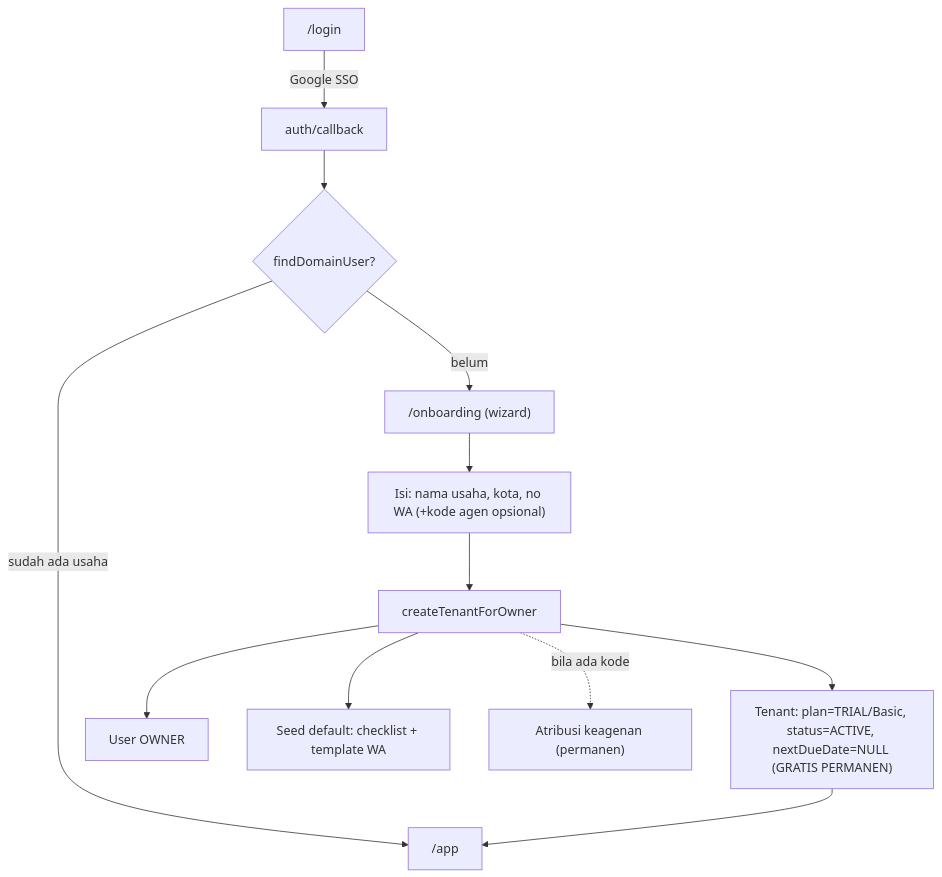
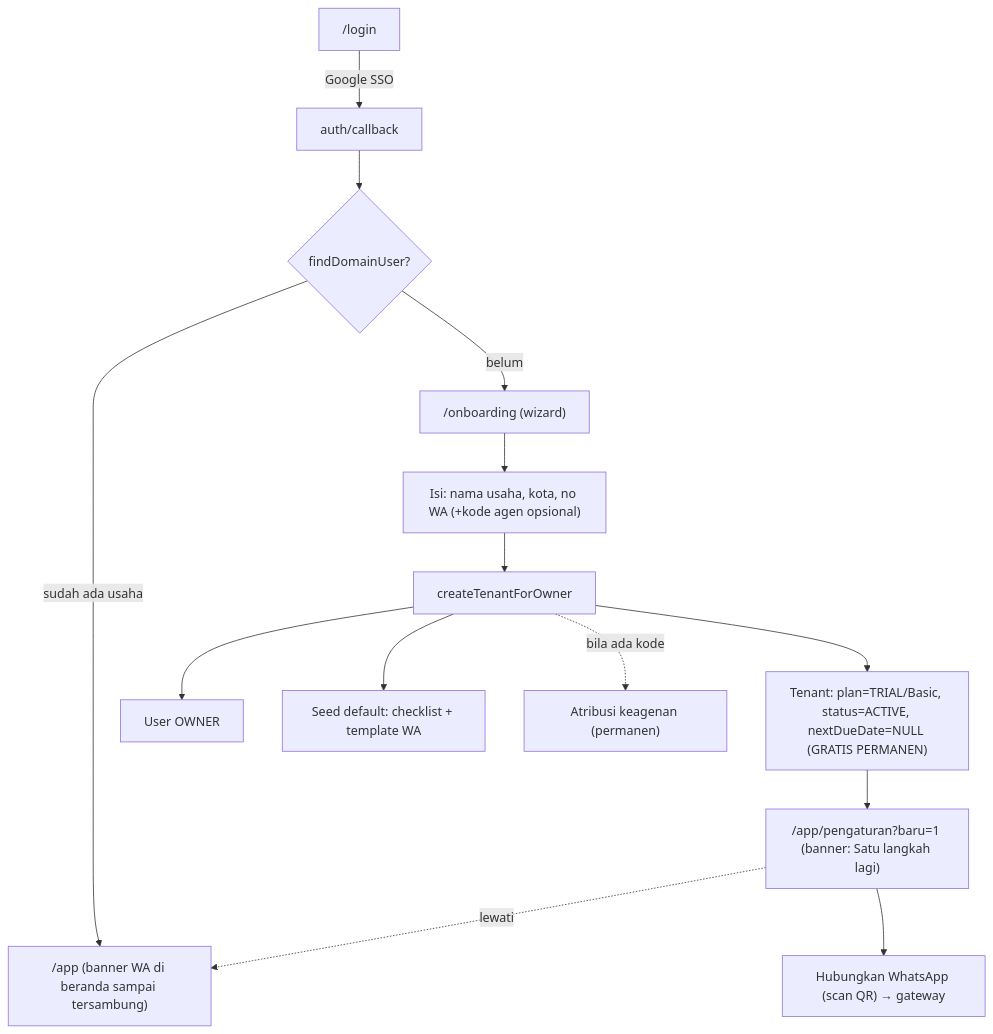
Before and after one commit to ryanandrian/aircon: the third of 10 diagrams in docs/ALUR_APLIKASI.md, drawn with Mermaid. The commit also changed other lines of this file and 3 other files, not shown here.

````diff
--- a/docs/ALUR_APLIKASI.md
+++ b/docs/ALUR_APLIKASI.md
@@ -121,14 +121,16 @@
 ```mermaid
 flowchart TD
   L["/login"] -->|"Google SSO"| CB["auth/callback"]
   CB --> FIND{"findDomainUser?"}
   FIND -->|"sudah ada usaha"| APP["/app"]
   FIND -->|"belum"| ONB["/onboarding (wizard)"]
   ONB --> FORM["Isi: nama usaha, kota, no WA (+kode agen opsional)"]
   FORM --> CREATE["createTenantForOwner"]
   CREATE --> T["Tenant: plan=TRIAL/Basic, status=ACTIVE, nextDueDate=NULL (GRATIS PERMANEN)"]
   CREATE --> U["User OWNER"]
   CREATE --> SEED["Seed default: checklist + template WA"]
   CREATE -.->|"bila ada kode"| ATTR["Atribusi keagenan (permanen)"]
-  T --> APP
+  T --> SET["/app/pengaturan?baru=1 (banner: Satu langkah lagi)"]
+  SET --> WA["Hubungkan WhatsApp (scan QR) → gateway"]
+  SET -.->|"lewati"| APP["/app (banner WA di beranda sampai tersambung)"]
 ```
````
